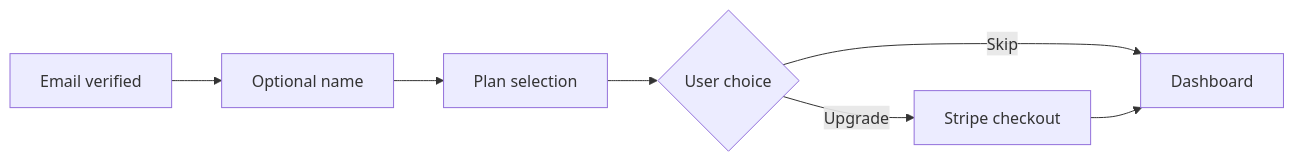
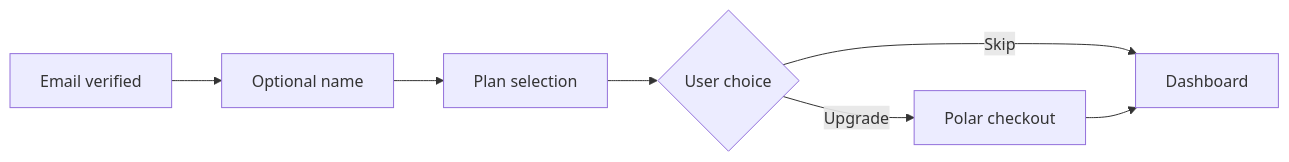
One commit to kvnnty/arco.studio changed the third of 4 diagrams in docs/TECHNICAL.md. Above: the diagram before and after it, drawn with Mermaid. The commit also changed other lines of this file and 20 other files, not shown here.

Commit message:
feat(billing): migrate subscriptions from Stripe to Polar.sh

````diff
--- a/docs/TECHNICAL.md
+++ b/docs/TECHNICAL.md
@@ -78,9 +78,9 @@
 ```mermaid
 flowchart LR
     A[Email verified] --> B[Optional name]
     B --> C[Plan selection]
     C --> D{User choice}
-    D -->|Upgrade| E[Stripe checkout]
+    D -->|Upgrade| E[Polar checkout]
     D -->|Skip| F[Dashboard]
     E --> F
 ```
````
